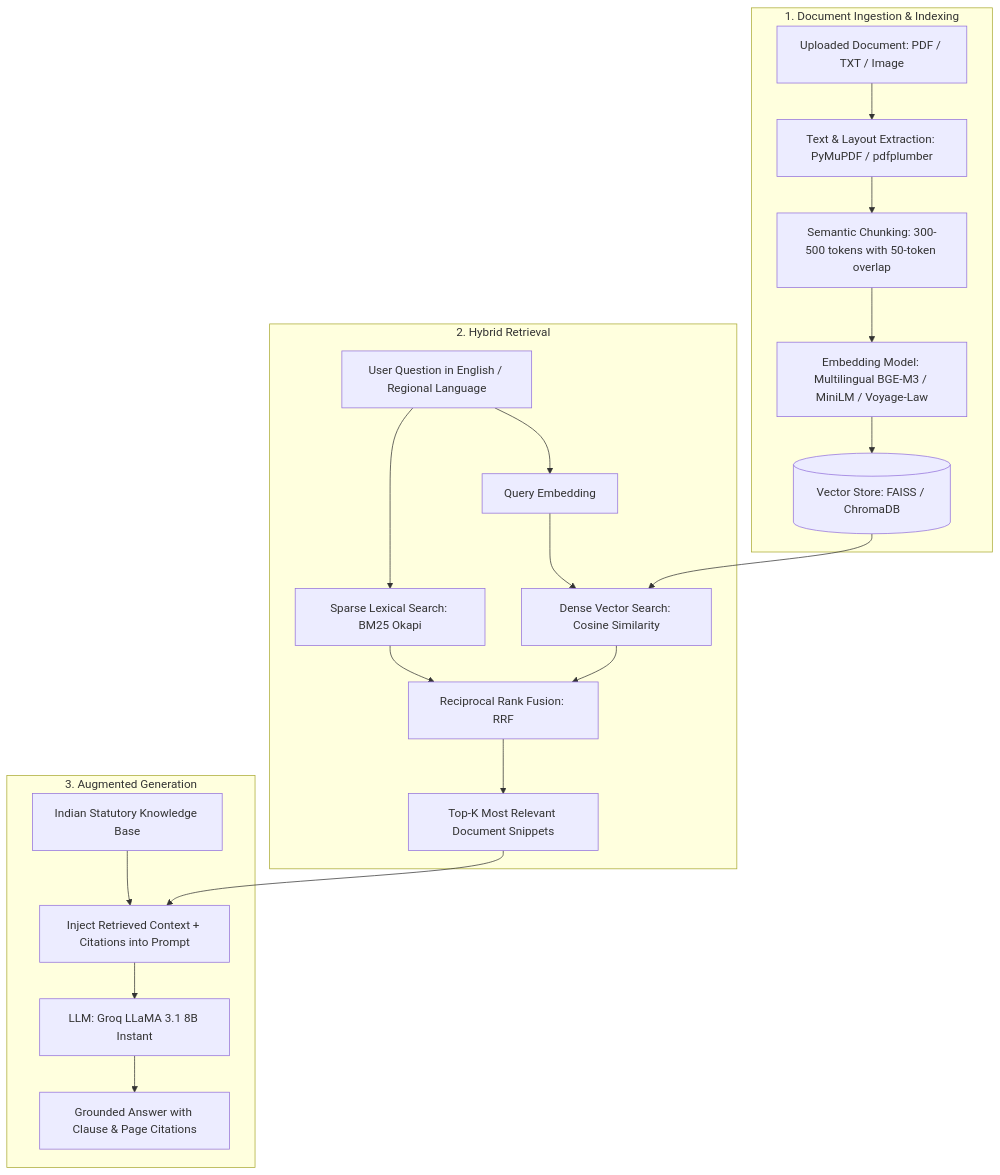
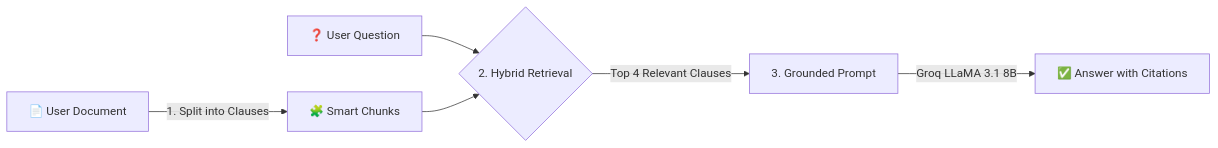
The diagram in RAG_PIPELINE.md (lasyaishu05-spec/NyayBot), drawn with Mermaid before and after one commit. The commit also changed other lines of this file and 4 other files, not shown here.

````diff
--- a/RAG_PIPELINE.md
+++ b/RAG_PIPELINE.md
@@ -9,26 +20,8 @@
 ```mermaid
-flowchart TD
-    subgraph Ingestion ["1. Document Ingestion & Indexing"]
-        A[Uploaded Document: PDF / TXT / Image] --> B[Text & Layout Extraction: PyMuPDF / pdfplumber]
-        B --> C[Semantic Chunking: 300-500 tokens with 50-token overlap]
-        C --> D[Embedding Model: Multilingual BGE-M3 / MiniLM / Voyage-Law]
-        D --> E[(Vector Store: FAISS / ChromaDB)]
-    end
-
-    subgraph Retrieval ["2. Hybrid Retrieval"]
-        F[User Question in English / Regional Language] --> G[Query Embedding]
-        G --> H[Dense Vector Search: Cosine Similarity]
-        F --> I[Sparse Lexical Search: BM25 Okapi]
-        E --> H
-        H --> J[Reciprocal Rank Fusion: RRF]
-        I --> J
-        J --> K[Top-K Most Relevant Document Snippets]
-    end
-
-    subgraph Generation ["3. Augmented Generation"]
-        K --> L[Inject Retrieved Context + Citations into Prompt]
-        M[Indian Statutory Knowledge Base] --> L
-        L --> N[LLM: Groq LLaMA 3.1 8B Instant]
-        N --> O[Grounded Answer with Clause & Page Citations]
-    end
+flowchart LR
+    A[📄 User Document] -->|1. Split into Clauses| B[🧩 Smart Chunks]
+    Q[❓ User Question] --> C{2. Hybrid Retrieval}
+    B --> C
+    C -->|Top 4 Relevant Clauses| D[3. Grounded Prompt]
+    D -->|Groq LLaMA 3.1 8B| E[✅ Answer with Citations]
 ```
````
